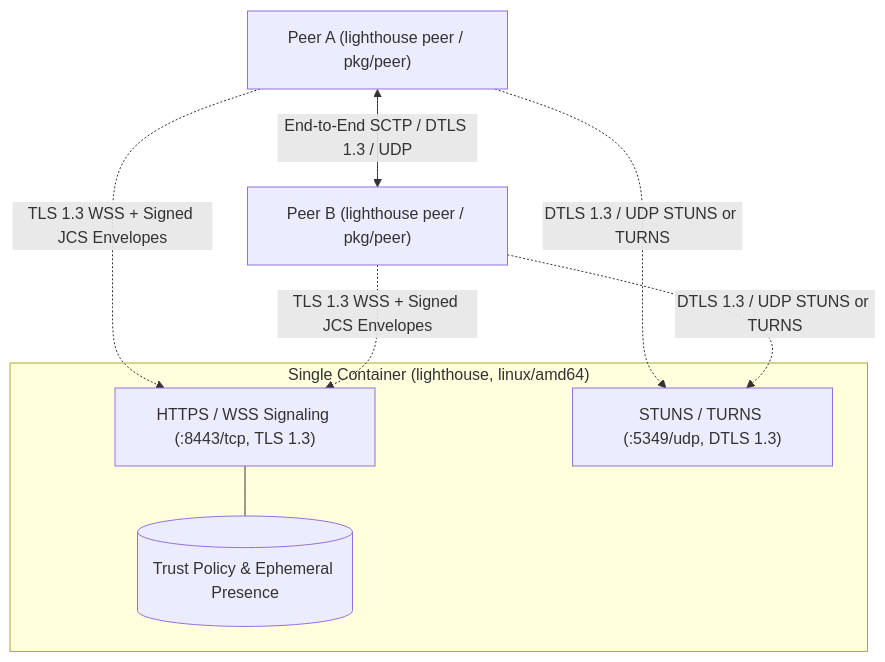
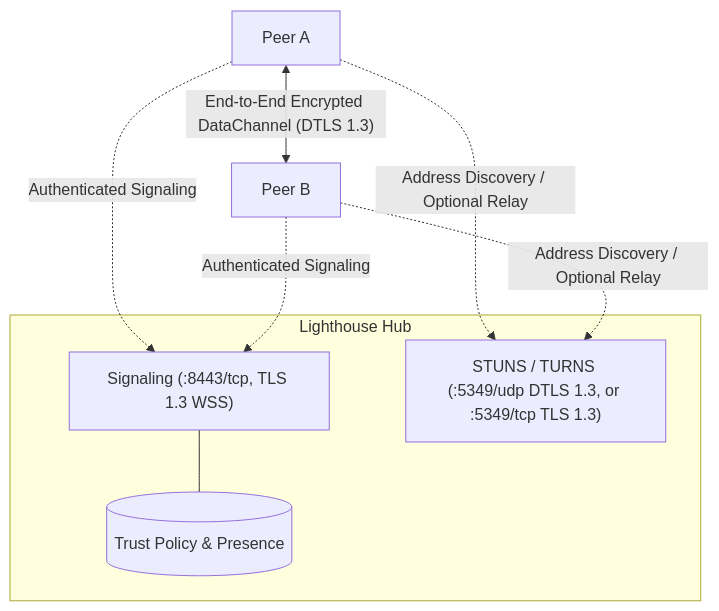
Before and after one commit to ParkSnoopy/lighthouse-in-snoo: the diagram in README.md, drawn with Mermaid. The commit also changed other lines of this file and 3 other files, not shown here.

First line of the commit message:
chore(docs): simplify README to overview, flow, and usage

````diff
--- a/README.md
+++ b/README.md
@@ -7,16 +7,16 @@
 ```mermaid
 flowchart TB
-    subgraph S["Single Container (lighthouse, linux/amd64)"]
-        H["HTTPS / WSS Signaling (:8443/tcp, TLS 1.3)"]
-        T["STUNS / TURNS (:5349/udp, DTLS 1.3)"]
-        R[("Trust Policy & Ephemeral Presence")]
-        H --- R
+    subgraph Hub["Lighthouse Hub"]
+        S["Signaling (:8443/tcp, TLS 1.3 WSS)"]
+        T["STUNS / TURNS (:5349/udp DTLS 1.3, or :5349/tcp TLS 1.3)"]
+        P[("Trust Policy & Presence")]
+        S --- P
     end
-    A["Peer A (lighthouse peer / pkg/peer)"]
-    B["Peer B (lighthouse peer / pkg/peer)"]
-    A -. "TLS 1.3 WSS + Signed JCS Envelopes" .-> H
-    B -. "TLS 1.3 WSS + Signed JCS Envelopes" .-> H
-    A -. "DTLS 1.3 / UDP STUNS or TURNS" .-> T
-    B -. "DTLS 1.3 / UDP STUNS or TURNS" .-> T
-    A <-->|"End-to-End SCTP / DTLS 1.3 / UDP"| B
+    A["Peer A"]
+    B["Peer B"]
+    A -. "Authenticated Signaling" .-> S
+    B -. "Authenticated Signaling" .-> S
+    A -. "Address Discovery / Optional Relay" .-> T
+    B -. "Address Discovery / Optional Relay" .-> T
+    A <-->|"End-to-End Encrypted DataChannel (DTLS 1.3)"| B
 ```
````
